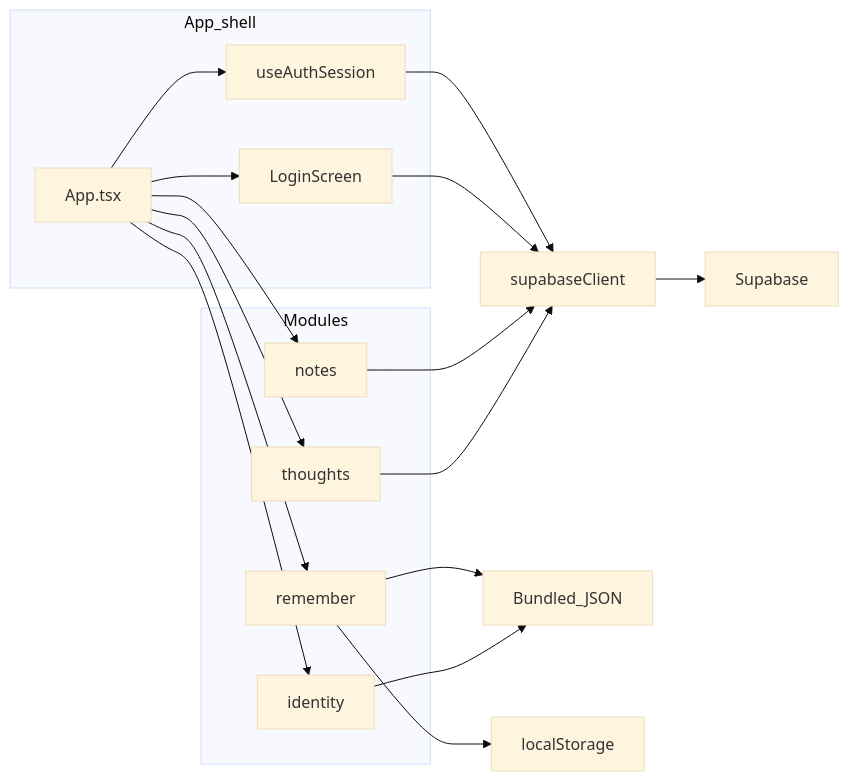
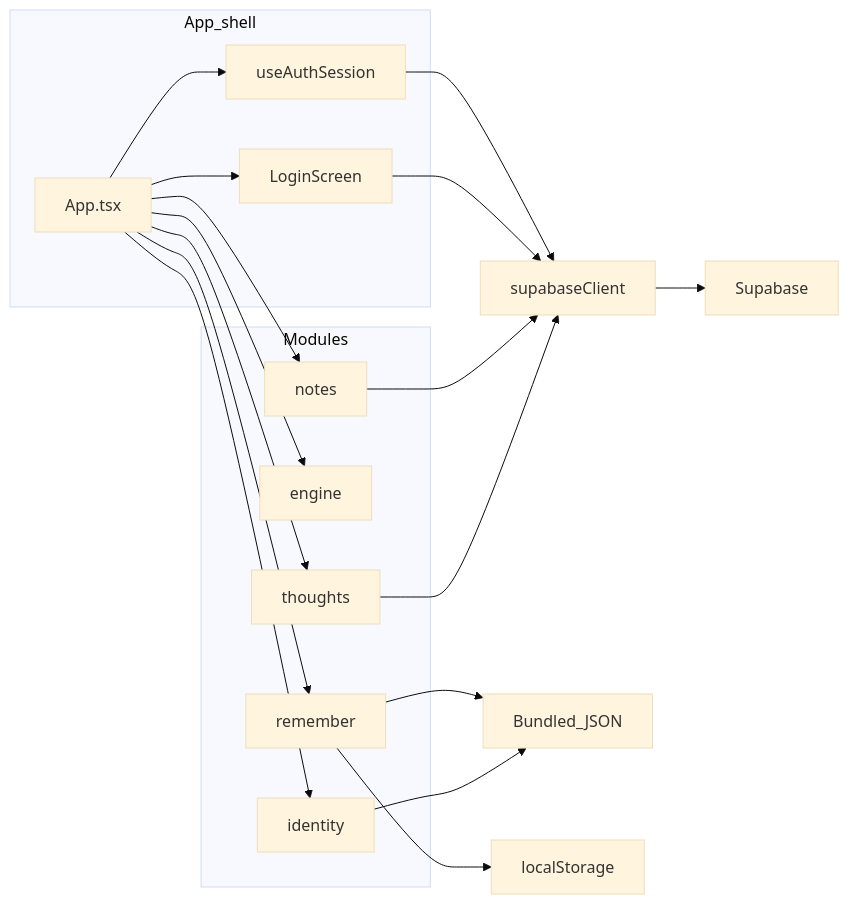
The second of 9 diagrams in docs/ARCHITECTURE.md (akgupta2002D/secondbrain2_0), drawn with Mermaid (base theme) before and after one commit. The commit also changed other lines of this file and 13 other files, not shown here.

````diff
--- a/docs/ARCHITECTURE.md
+++ b/docs/ARCHITECTURE.md
@@ -33,35 +33,37 @@
 ```mermaid
 flowchart LR
   subgraph shell [App_shell]
     app[App.tsx]
     authHook[useAuthSession]
     login[LoginScreen]
   end
 
   subgraph mods [Modules]
     notes[notes]
+    engine[engine]
     thoughts[thoughts]
     remember[remember]
     identity[identity]
   end
 
   client[supabaseClient]
   sb[Supabase]
   json[Bundled_JSON]
   ls[localStorage]
 
   app --> authHook
   app --> login
   app --> notes
+  app --> engine
   app --> thoughts
   app --> remember
   app --> identity
   authHook --> client
   login --> client
   notes --> client
   thoughts --> client
   client --> sb
   remember --> json
   remember --> ls
   identity --> json
 ```
````
